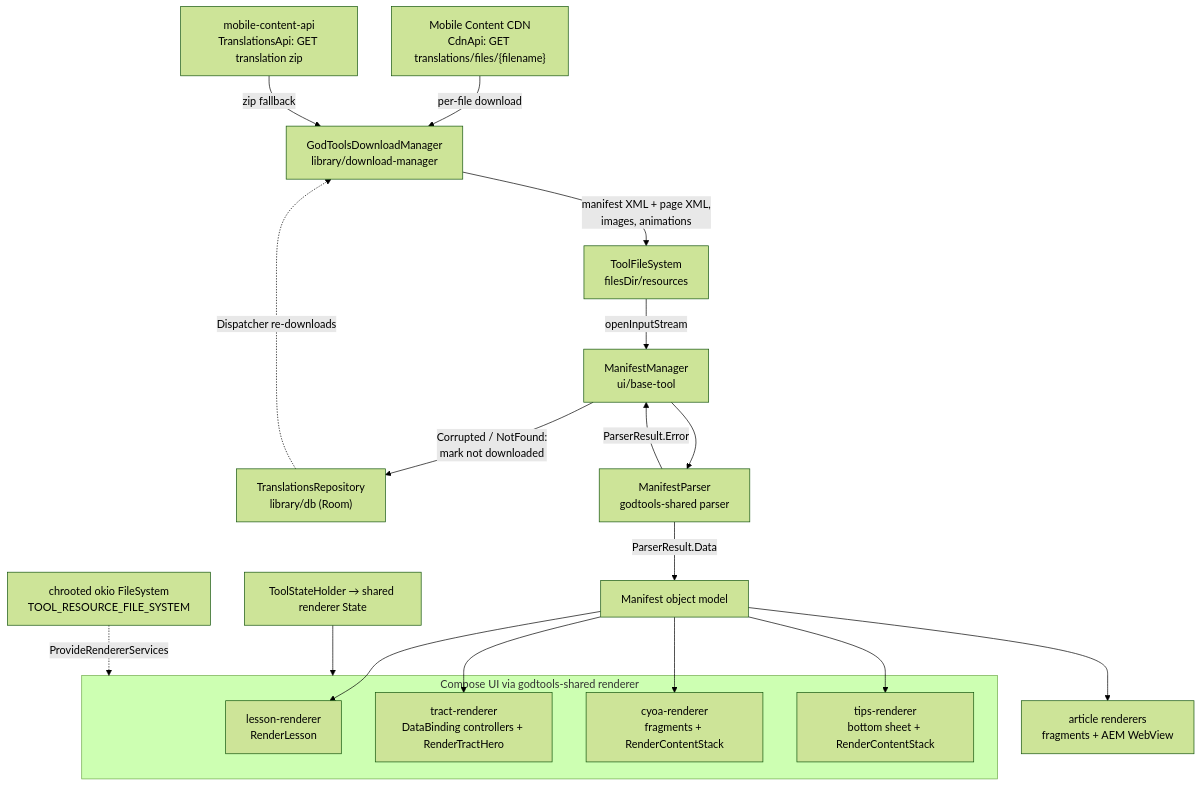
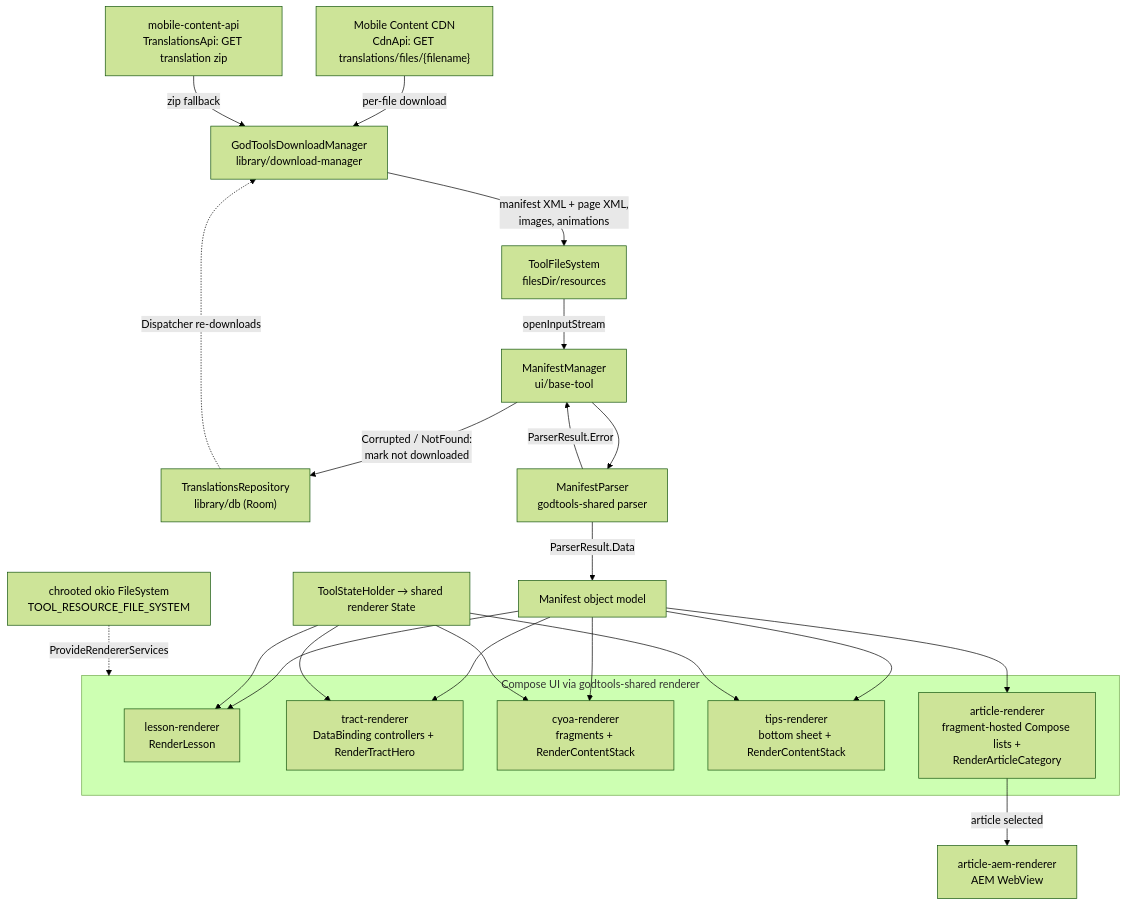
The first of 2 diagrams in wiki/Tool-Renderers.md (CruGlobal/godtools-android), drawn with Mermaid (forest theme) before and after one commit. The commit also changed other lines of this file and 11 other files, not shown here.

````diff
--- a/wiki/Tool-Renderers.md
+++ b/wiki/Tool-Renderers.md
@@ -74,40 +74,42 @@
 ```mermaid
 flowchart TD
     CDN["Mobile Content CDN<br/>CdnApi: GET translations/files/{filename}"]
     API["mobile-content-api<br/>TranslationsApi: GET translation zip"]
     DM["GodToolsDownloadManager<br/>library/download-manager"]
     FS["ToolFileSystem<br/>filesDir/resources"]
     MM["ManifestManager<br/>ui/base-tool"]
     DB["TranslationsRepository<br/>library/db (Room)"]
     PARSER["ManifestParser<br/>godtools-shared parser"]
     MANIFEST["Manifest object model"]
     STATE["ToolStateHolder → shared renderer State"]
     RFS["chrooted okio FileSystem<br/>TOOL_RESOURCE_FILE_SYSTEM"]
 
     CDN -->|"per-file download"| DM
     API -->|"zip fallback"| DM
     DM -->|"manifest XML + page XML,<br/>images, animations"| FS
     FS -->|"openInputStream"| MM
     MM --> PARSER
     PARSER -->|"ParserResult.Data"| MANIFEST
     PARSER -->|"ParserResult.Error"| MM
     MM -->|"Corrupted / NotFound:<br/>mark not downloaded"| DB
     DB -.->|"Dispatcher re-downloads"| DM
 
     MANIFEST --> LESSON
     MANIFEST --> TRACT
     MANIFEST --> CYOA
     MANIFEST --> TIPS
-    MANIFEST --> ART
+    MANIFEST --> ARTLIST
 
     subgraph compose["Compose UI via godtools-shared renderer"]
         LESSON["lesson-renderer<br/>RenderLesson"]
         TRACT["tract-renderer<br/>DataBinding controllers + RenderTractHero"]
         CYOA["cyoa-renderer<br/>fragments + RenderContentStack"]
         TIPS["tips-renderer<br/>bottom sheet + RenderContentStack"]
+        ARTLIST["article-renderer<br/>fragment-hosted Compose lists +<br/>RenderArticleCategory"]
     end
-    ART["article renderers<br/>fragments + AEM WebView"]
+    AEM["article-aem-renderer<br/>AEM WebView"]
+    ARTLIST -->|"article selected"| AEM
 
-    STATE --> compose
+    STATE --> LESSON & TRACT & CYOA & TIPS
     RFS -.->|"ProvideRendererServices"| compose
 ```
````
